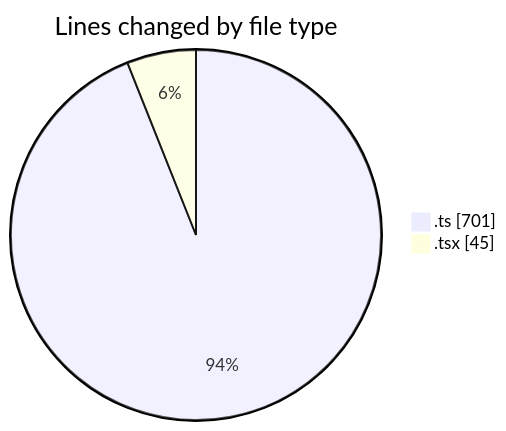
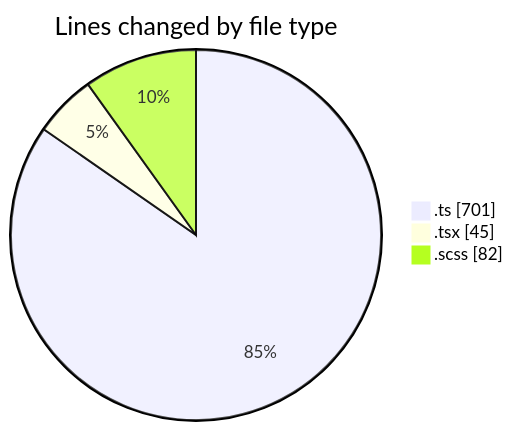
The first of 2 diagrams in 2026-10-29/cda/README.md (momahboobian/code-tracking), drawn with Mermaid before and after one commit. The commit also changed other lines of this file and 1 other file, not shown here.

````diff
--- a/2026-10-29/cda/README.md
+++ b/2026-10-29/cda/README.md
@@ -23,6 +24,7 @@
 ```mermaid
 pie showData
 title Lines changed by file type
 ".ts" : 701
 ".tsx" : 45
+".scss" : 82
 ```
````
